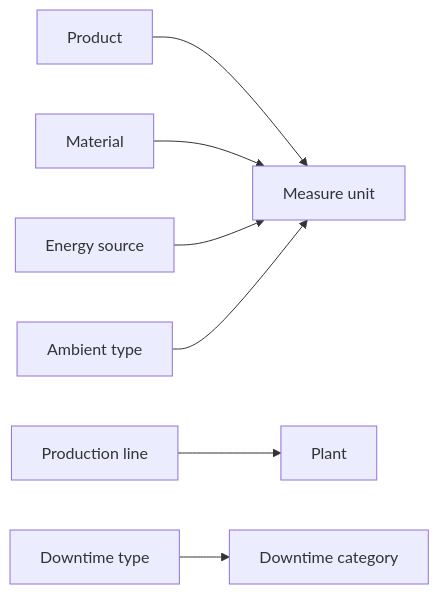
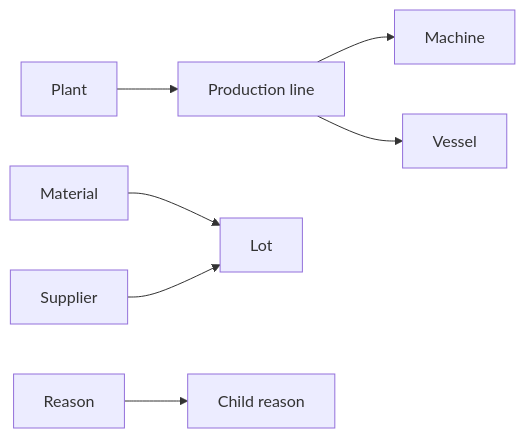
One commit to Tom-PIT/TomPIT.Pulse.Connector changed the diagram in docs/models/manufacturing/food-and-beverage/master-data/index.md. Above: the diagram before and after it, drawn with Mermaid. The commit also changed other lines of this file and 79 other files, not shown here.

````diff
--- a/docs/models/manufacturing/food-and-beverage/master-data/index.md
+++ b/docs/models/manufacturing/food-and-beverage/master-data/index.md
@@ -77,10 +90,11 @@
 ```mermaid
 graph LR
-  A[Product] --> B[Measure unit]
-  C[Material] --> B[Measure unit]
-  D[Energy source] --> B[Measure unit]
-  I[Ambient type] --> B[Measure unit]
-  F[Production line] --> E[Plant]
-  H[Downtime type] --> G[Downtime category]
-  
+  A[Plant] --> B[Production line]
+  B --> C[Machine]
+  B --> D[Vessel]
+
+  E[Material] --> F[Lot]
+  G[Supplier] --> F
+
+  H[Reason] --> H2[Child reason]
 ```
````
